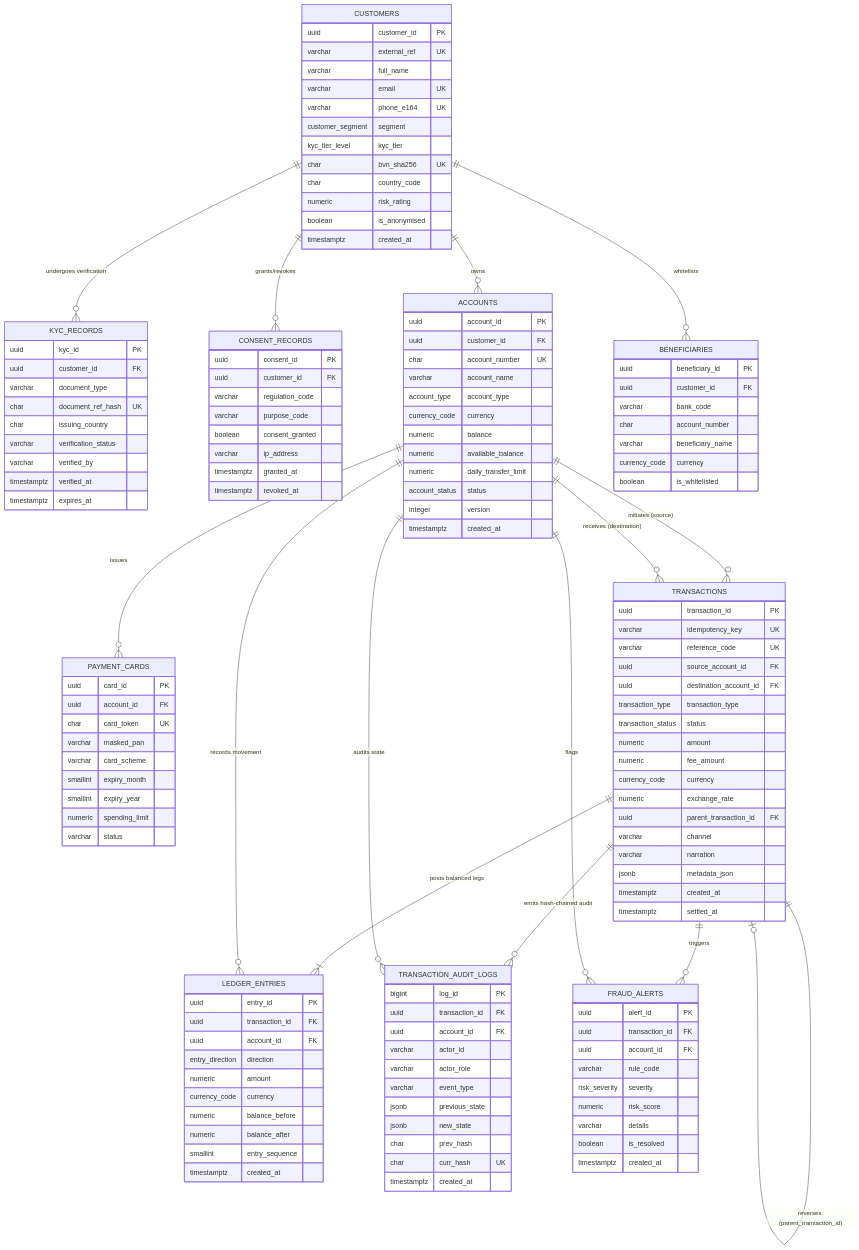
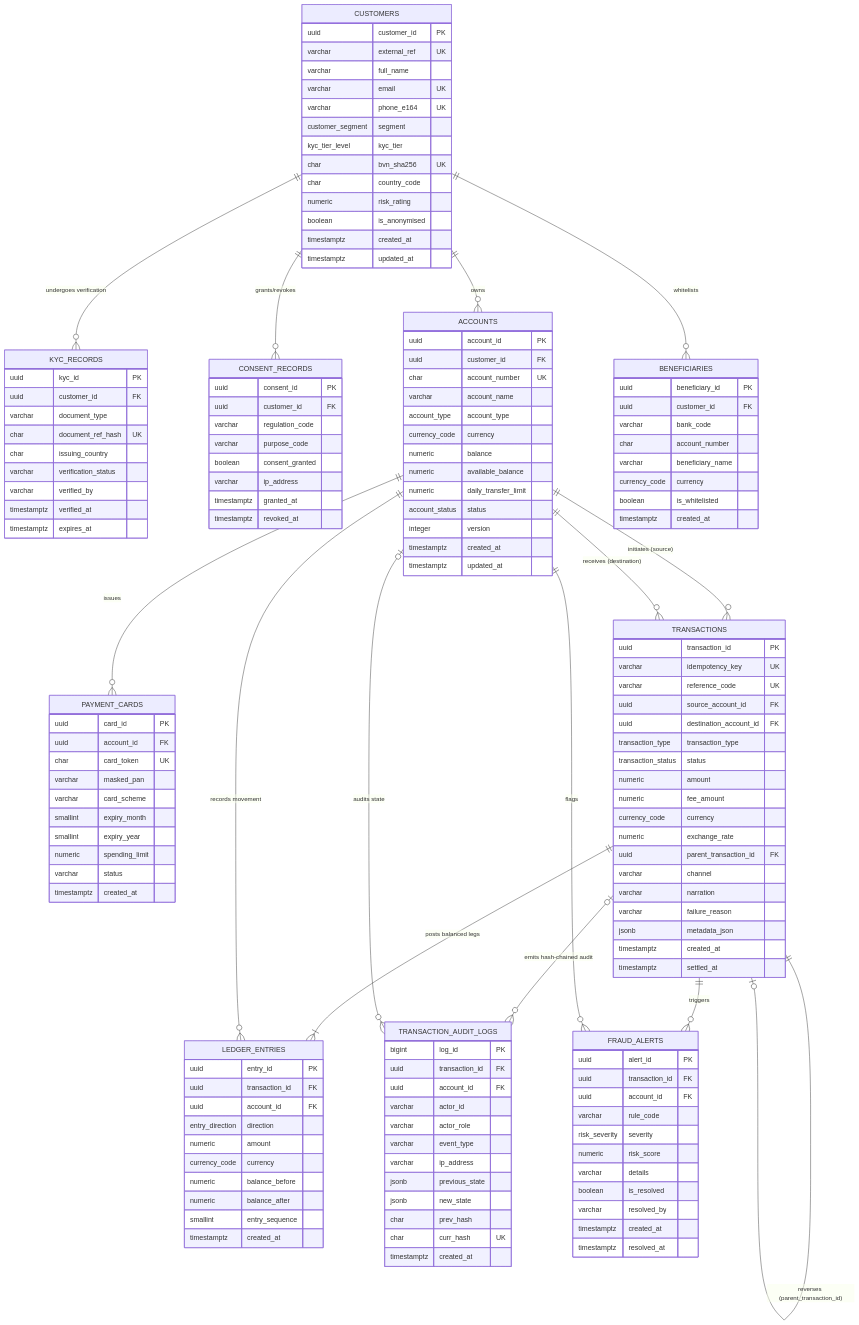
One commit to D0nG4667/gpmorgan-forge-de-portfolio changed the first of 2 diagrams in portfolio-1-database-design/README.md. Above: the diagram before and after it, drawn with Mermaid. The commit also changed other lines of this file and 9 other files, not shown here.

````diff
--- a/portfolio-1-database-design/README.md
+++ b/portfolio-1-database-design/README.md
@@ -67,8 +67,8 @@
     TRANSACTIONS ||--o| TRANSACTIONS : "reverses (parent_transaction_id)"
     TRANSACTIONS ||--|{ LEDGER_ENTRIES : "posts balanced legs"
     ACCOUNTS ||--o{ LEDGER_ENTRIES : "records movement"
-    TRANSACTIONS ||--o{ TRANSACTION_AUDIT_LOGS : "emits hash-chained audit"
-    ACCOUNTS ||--o{ TRANSACTION_AUDIT_LOGS : "audits state"
+    TRANSACTIONS |o--o{ TRANSACTION_AUDIT_LOGS : "emits hash-chained audit"
+    ACCOUNTS |o--o{ TRANSACTION_AUDIT_LOGS : "audits state"
     TRANSACTIONS ||--o{ FRAUD_ALERTS : "triggers"
     ACCOUNTS ||--o{ FRAUD_ALERTS : "flags"
 
@@ -85,6 +85,7 @@
         numeric risk_rating
         boolean is_anonymised
         timestamptz created_at
+        timestamptz updated_at
     }
 
     KYC_RECORDS {
@@ -123,6 +124,7 @@
         account_status status
         integer version
         timestamptz created_at
+        timestamptz updated_at
     }
 
     BENEFICIARIES {
@@ -133,6 +135,7 @@
         varchar beneficiary_name
         currency_code currency
         boolean is_whitelisted
+        timestamptz created_at
     }
 
     PAYMENT_CARDS {
@@ -145,6 +148,7 @@
         smallint expiry_year
         numeric spending_limit
         varchar status
+        timestamptz created_at
     }
 
     TRANSACTIONS {
@@ -162,6 +166,7 @@
         uuid parent_transaction_id FK
         varchar channel
         varchar narration
+        varchar failure_reason
         jsonb metadata_json
         timestamptz created_at
         timestamptz settled_at
@@ -187,6 +192,7 @@
         varchar actor_id
         varchar actor_role
         varchar event_type
+        varchar ip_address
         jsonb previous_state
         jsonb new_state
         char prev_hash
@@ -203,6 +209,8 @@
         numeric risk_score
         varchar details
         boolean is_resolved
+        varchar resolved_by
         timestamptz created_at
+        timestamptz resolved_at
     }
 ```
````
